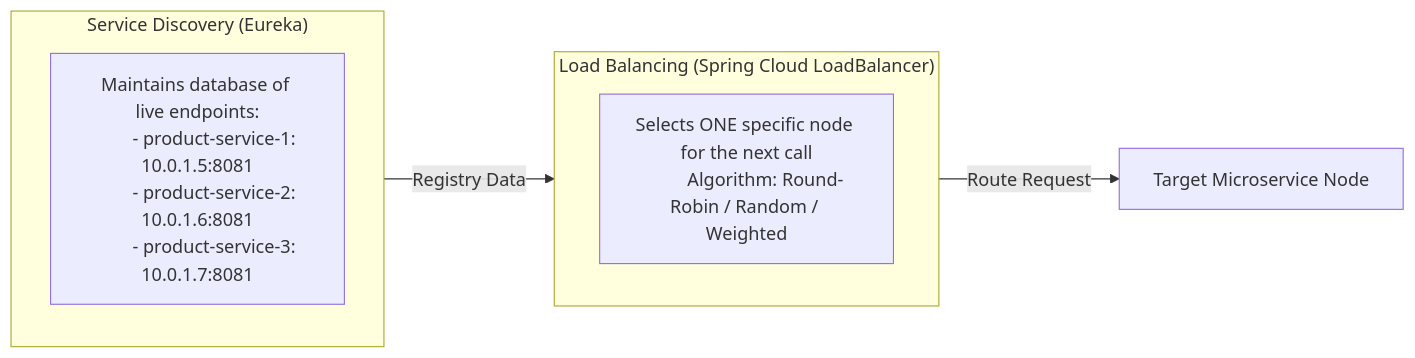
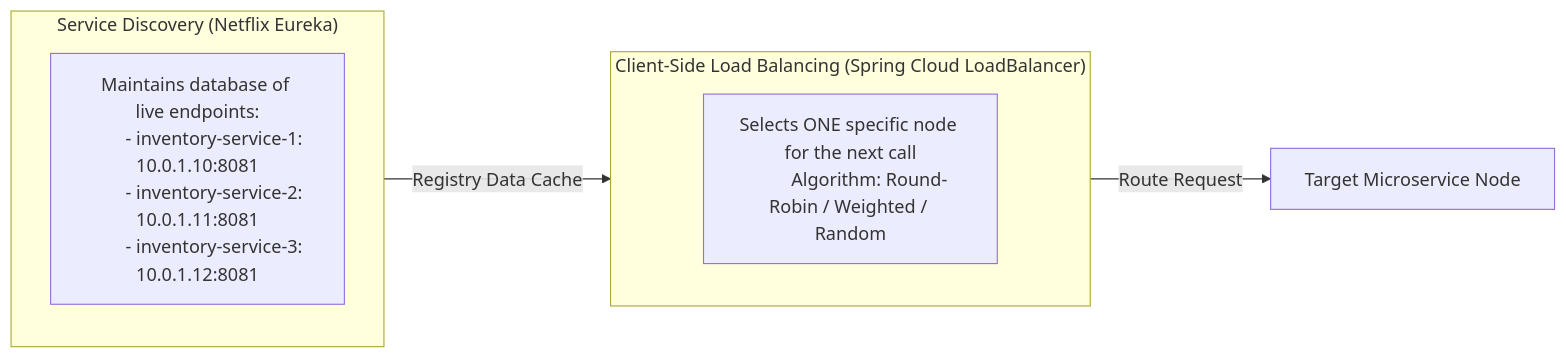
The ninth of 9 diagrams in spring-boot-microservices-notes/03-service-discovery.md (rohithgowda18/Notes), drawn with Mermaid before and after one commit. The commit also changed other lines of this file, not shown here.

Commit message:
Expand 03-service-discovery with complete video guide: Startup registration lifecycle, in-memory registry, local cache delta scheduler, DiscoveryClient, heartbeats, eviction, and Feign load balancing internals

````diff
--- a/spring-boot-microservices-notes/03-service-discovery.md
+++ b/spring-boot-microservices-notes/03-service-discovery.md
@@ -263,17 +456,17 @@
 ```mermaid
 flowchart LR
-    subgraph Discovery ["Service Discovery (Eureka)"]
+    subgraph Discovery ["Service Discovery (Netflix Eureka)"]
         D["Maintains database of live endpoints:
-        - product-service-1: 10.0.1.5:8081
-        - product-service-2: 10.0.1.6:8081
-        - product-service-3: 10.0.1.7:8081"]
+        - inventory-service-1: 10.0.1.10:8081
+        - inventory-service-2: 10.0.1.11:8081
+        - inventory-service-3: 10.0.1.12:8081"]
     end
 
-    subgraph LoadBalancer ["Load Balancing (Spring Cloud LoadBalancer)"]
+    subgraph LoadBalancer ["Client-Side Load Balancing (Spring Cloud LoadBalancer)"]
         LB["Selects ONE specific node for the next call
-        Algorithm: Round-Robin / Random / Weighted"]
+        Algorithm: Round-Robin / Weighted / Random"]
     end
 
-    Discovery -->|Registry Data| LoadBalancer
+    Discovery -->|Registry Data Cache| LoadBalancer
     LoadBalancer -->|Route Request| Target[Target Microservice Node]
 ```
````
